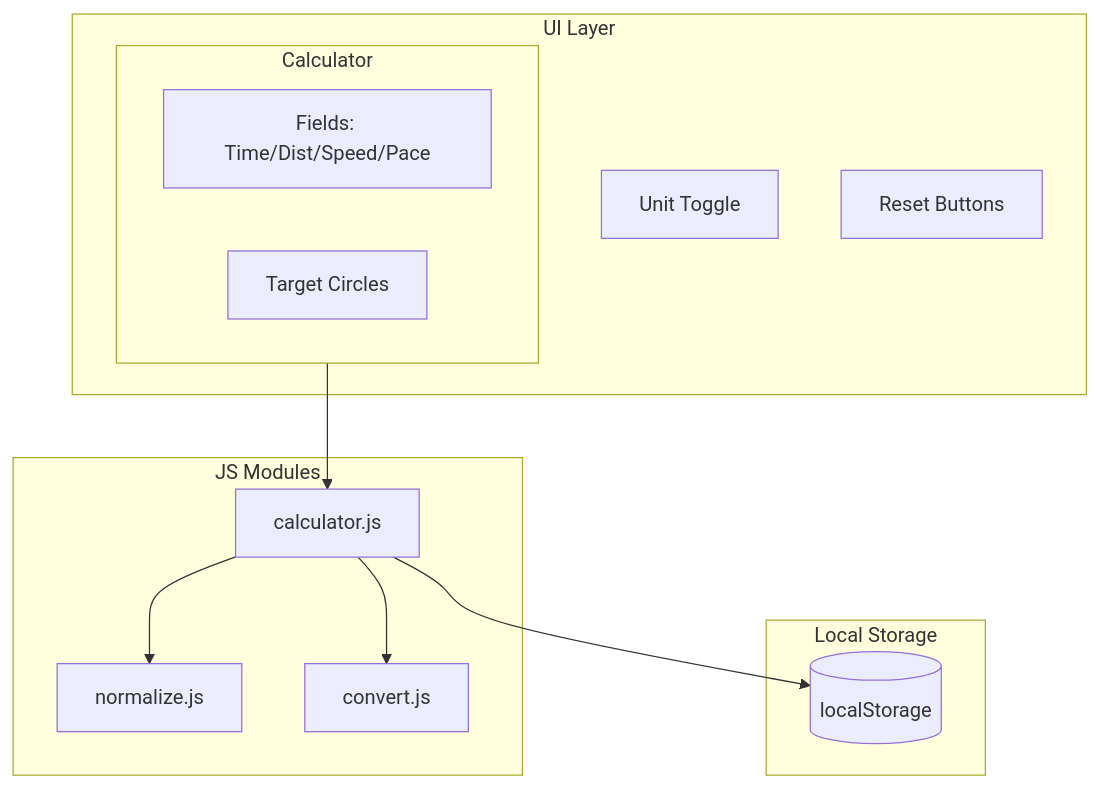
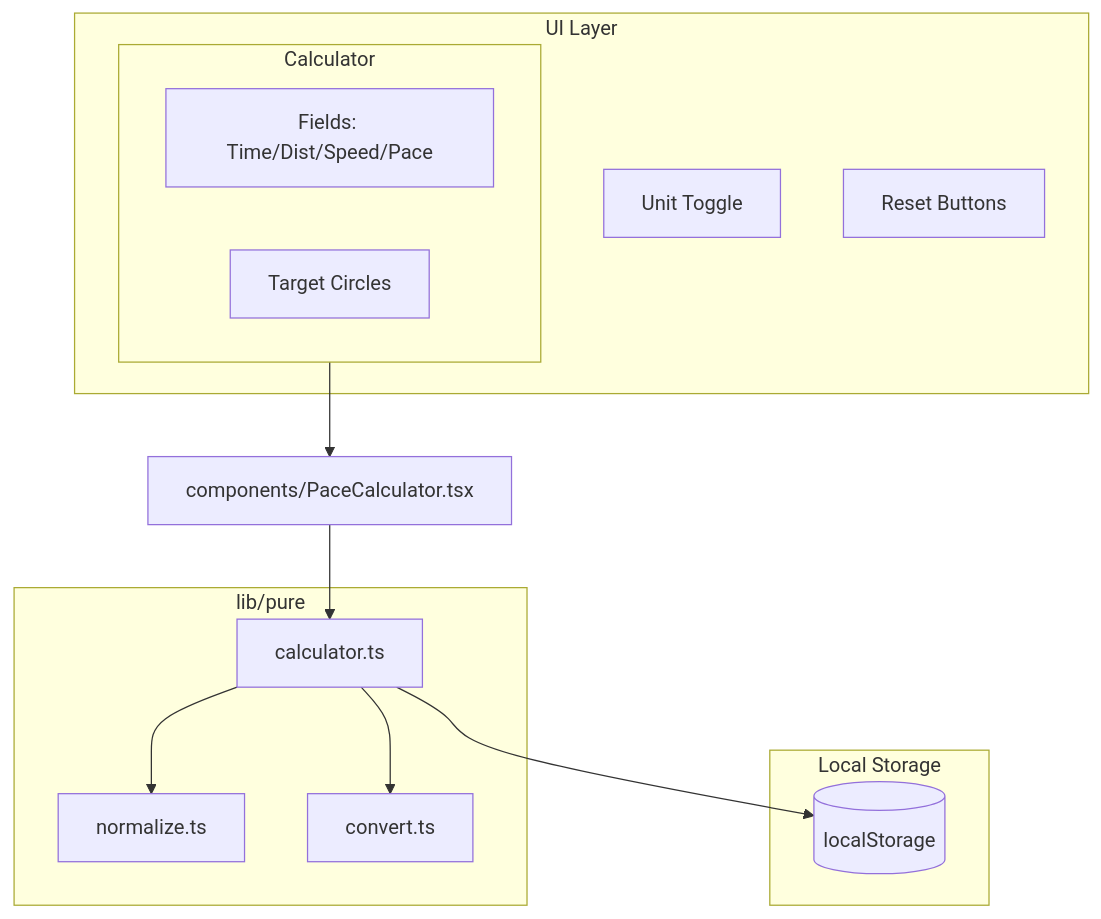
Before and after one commit to habizak/DTS-Calc: the diagram in README.md, drawn with Mermaid. The commit also changed other lines of this file and 88 other files, not shown here.

````diff
--- a/README.md
+++ b/README.md
@@ -29,26 +32,29 @@
 ```mermaid
 flowchart TB
     subgraph UI [UI Layer]
         subgraph SingleUI [Calculator]
             Fields[Fields: Time/Dist/Speed/Pace]
             Circles[Target Circles]
         end
         Toggles[Unit Toggle]
         Reset[Reset Buttons]
     end
 
-    subgraph Logic [JS Modules]
-        Calculator[calculator.js]
-        Normalize[normalize.js]
-        Convert[convert.js]
+    subgraph Logic [lib/pure]
+        Calculator[calculator.ts]
+        Normalize[normalize.ts]
+        Convert[convert.ts]
     end
+
+    Screen[components/PaceCalculator.tsx]
 
     subgraph Storage [Local Storage]
         LS[(localStorage)]
     end
 
-    SingleUI --> Calculator
+    SingleUI --> Screen
+    Screen --> Calculator
     Calculator --> Normalize
     Calculator --> Convert
     Calculator --> LS
 ```
````
